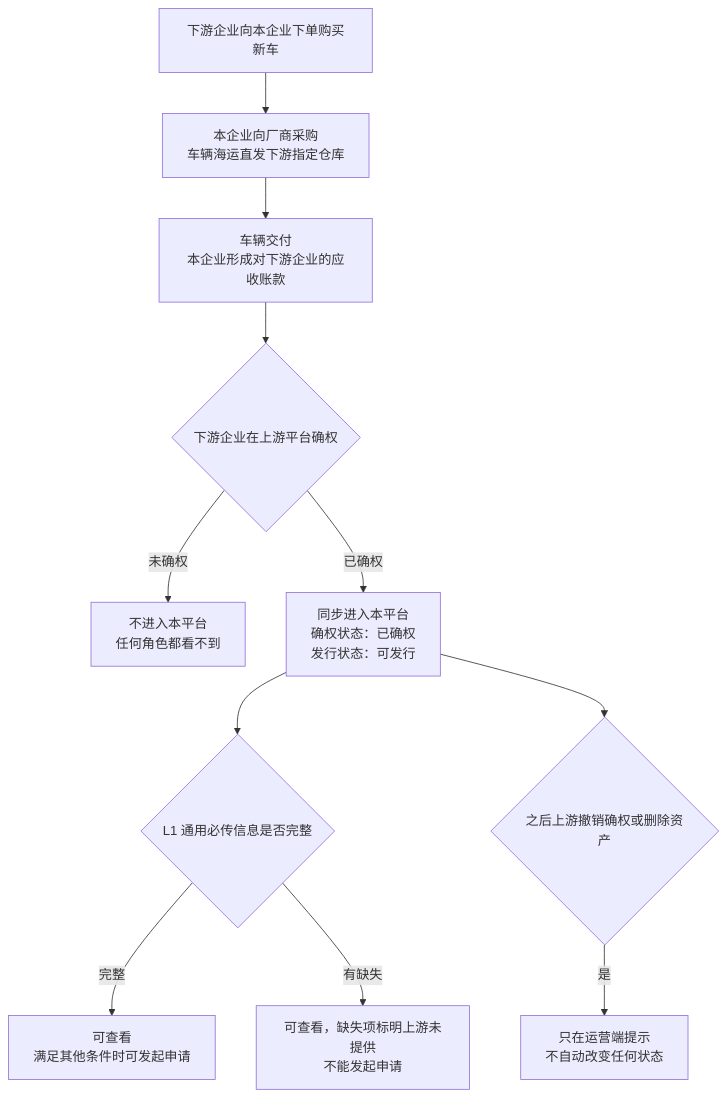
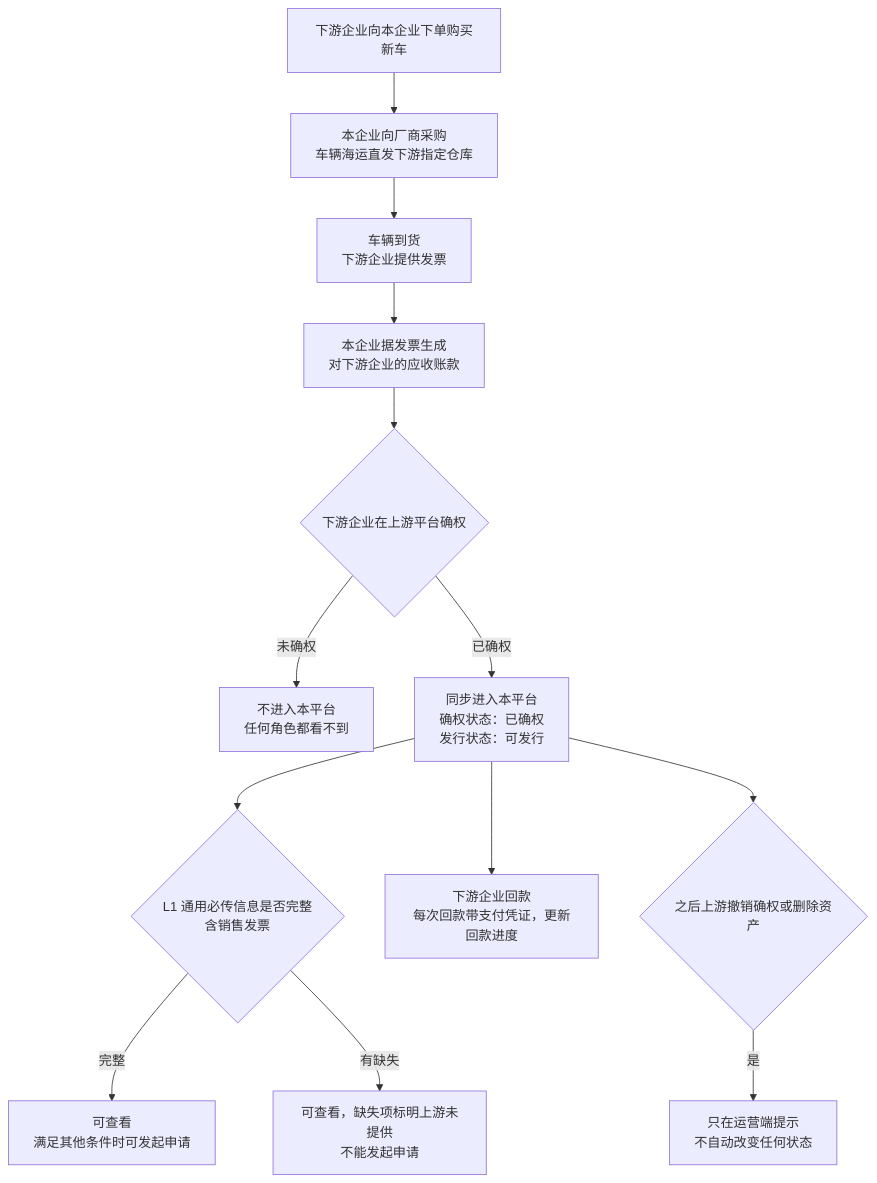
The first of 7 diagrams in token-issuance-platform/PRD/v1.0-可信资产-流程图与状态机.md (wxblockchain/Chain-Financing), drawn with Mermaid before and after one commit. The commit also changed other lines of this file and 2 other files, not shown here.

````diff
--- a/token-issuance-platform/PRD/v1.0-可信资产-流程图与状态机.md
+++ b/token-issuance-platform/PRD/v1.0-可信资产-流程图与状态机.md
@@ -19,13 +18,15 @@
 ```mermaid
 flowchart TD
     A[下游企业向本企业下单购买新车] --> B[本企业向厂商采购<br/>车辆海运直发下游指定仓库]
-    B --> C[车辆交付<br/>本企业形成对下游企业的应收账款]
-    C --> D{下游企业在上游平台确权}
-    D -->|未确权| E[不进入本平台<br/>任何角色都看不到]
-    D -->|已确权| F[同步进入本平台<br/>确权状态：已确权<br/>发行状态：可发行]
-    F --> G{L1 通用必传信息是否完整}
-    G -->|完整| H[可查看<br/>满足其他条件时可发起申请]
-    G -->|有缺失| I[可查看，缺失项标明上游未提供<br/>不能发起申请]
-    F --> J{之后上游撤销确权或删除资产}
-    J -->|是| K[只在运营端提示<br/>不自动改变任何状态]
+    B --> C[车辆到货<br/>下游企业提供发票]
+    C --> D[本企业据发票生成<br/>对下游企业的应收账款]
+    D --> E{下游企业在上游平台确权}
+    E -->|未确权| F[不进入本平台<br/>任何角色都看不到]
+    E -->|已确权| G[同步进入本平台<br/>确权状态：已确权<br/>发行状态：可发行]
+    G --> H{L1 通用必传信息是否完整<br/>含销售发票}
+    H -->|完整| I[可查看<br/>满足其他条件时可发起申请]
+    H -->|有缺失| J[可查看，缺失项标明上游未提供<br/>不能发起申请]
+    G --> K[下游企业回款<br/>每次回款带支付凭证，更新回款进度]
+    G --> L{之后上游撤销确权或删除资产}
+    L -->|是| M[只在运营端提示<br/>不自动改变任何状态]
 ```
````
